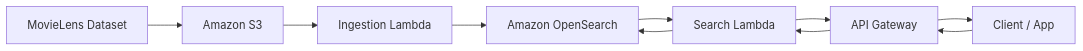
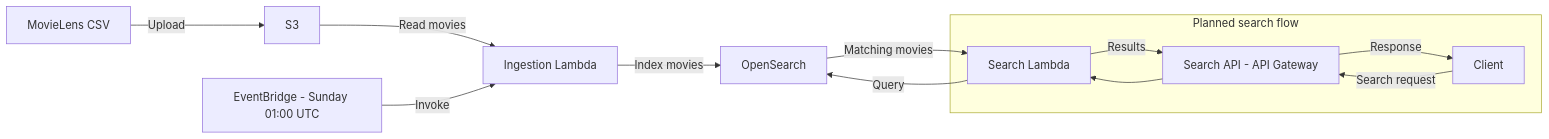
The diagram in docs/opensearch-service/README.md (nitinsharma74/floci-aws-setup), drawn with Mermaid before and after one commit. The commit also changed other lines of this file and 6 other files, not shown here.

Commit message:
Adding ingestion lambda for open search

````diff
--- a/docs/opensearch-service/README.md
+++ b/docs/opensearch-service/README.md
@@ -15,13 +15,16 @@
 ```mermaid
 flowchart LR
-    A[MovieLens Dataset] --> B[Amazon S3]
-    B --> C[Ingestion Lambda]
-    C --> D[Amazon OpenSearch]
+    dataset[MovieLens CSV] -->|Upload| bucket[S3]
+    bucket -->|Read movies| ingestion[Ingestion Lambda]
+    schedule[EventBridge - Sunday 01:00 UTC] -->|Invoke| ingestion
+    ingestion -->|Index movies| domain[OpenSearch]
 
-    E[Client / App] --> F[API Gateway]
-    F --> G[Search Lambda]
-    G --> D
-    D --> G
-    G --> F
-    F --> E
+    subgraph planned [Planned search flow]
+        client[Client] -->|Search request| api[Search API - API Gateway]
+        api --> search[Search Lambda]
+        search -->|Results| api
+        api -->|Response| client
+    end
+    search -->|Query| domain
+    domain -->|Matching movies| search
 ```
````
